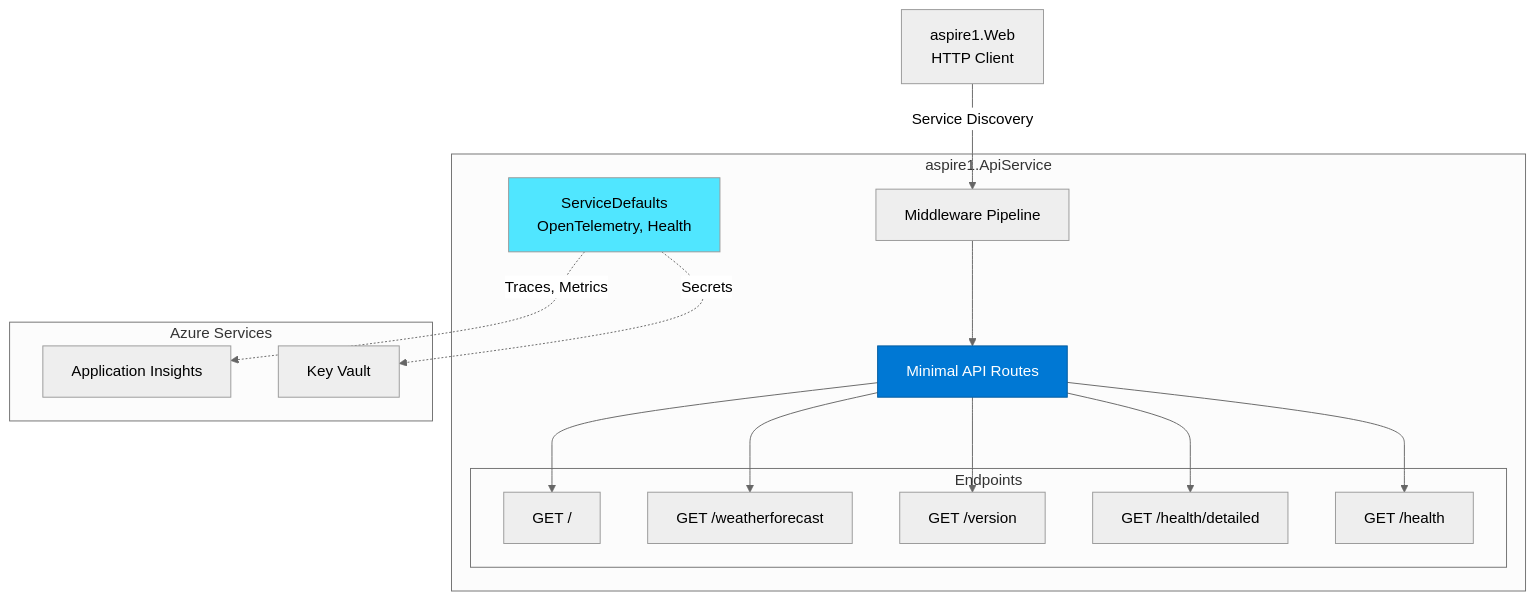
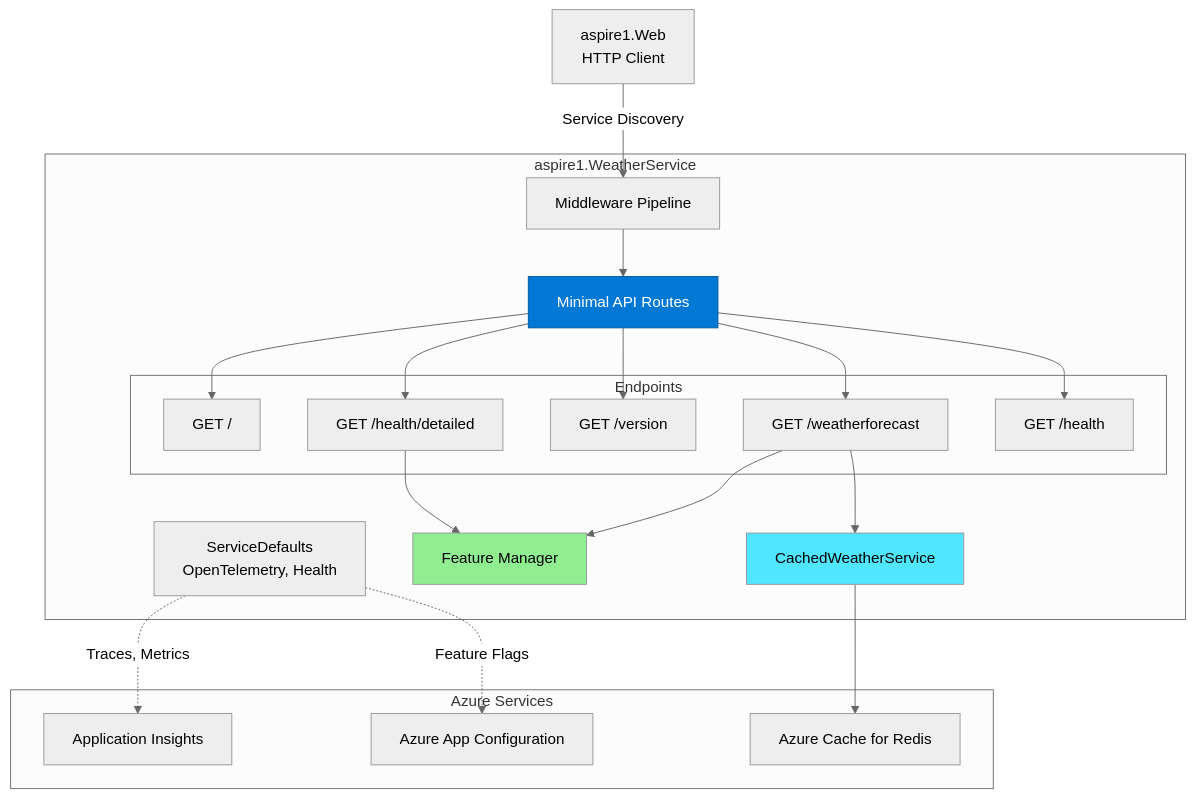
The first of 4 diagrams in aspire1.WeatherService/ARCHITECTURE.md (rbmathis/aspire1), drawn with Mermaid (neutral theme) before and after one commit. The commit also changed other lines of this file and 5 other files, not shown here.

First line of the commit message:
Align architecture documentation with actual codebase implementation (#20)

````diff
--- a/aspire1.WeatherService/ARCHITECTURE.md
+++ b/aspire1.WeatherService/ARCHITECTURE.md
@@ -19,37 +21,46 @@
 ```mermaid
 graph TB
     Client[aspire1.Web<br/>HTTP Client]
 
-    subgraph "aspire1.ApiService"
+    subgraph "aspire1.WeatherService"
         Middleware[Middleware Pipeline]
         Routes[Minimal API Routes]
+        CachedService[CachedWeatherService]
+        FeatureFlags[Feature Manager]
         ServiceDefaults[ServiceDefaults<br/>OpenTelemetry, Health]
 
         subgraph "Endpoints"
             Root[GET /]
             Weather[GET /weatherforecast]
             Version[GET /version]
             HealthDetailed[GET /health/detailed]
             Health[GET /health]
         end
     end
 
     subgraph "Azure Services"
         AppInsights[Application Insights]
-        KeyVault[Key Vault]
+        AppConfig[Azure App Configuration]
+        Redis[Azure Cache for Redis]
     end
 
     Client -->|Service Discovery| Middleware
     Middleware --> Routes
     Routes --> Root
     Routes --> Weather
     Routes --> Version
     Routes --> HealthDetailed
     Routes --> Health
+    
+    Weather --> FeatureFlags
+    Weather --> CachedService
+    CachedService --> Redis
+    HealthDetailed --> FeatureFlags
 
     ServiceDefaults -.->|Traces, Metrics| AppInsights
-    ServiceDefaults -.->|Secrets| KeyVault
+    ServiceDefaults -.->|Feature Flags| AppConfig
 
     style Routes fill:#0078d4,stroke:#005a9e,color:#fff
-    style ServiceDefaults fill:#50e6ff
+    style CachedService fill:#50e6ff
+    style FeatureFlags fill:#90EE90
 ```
````
